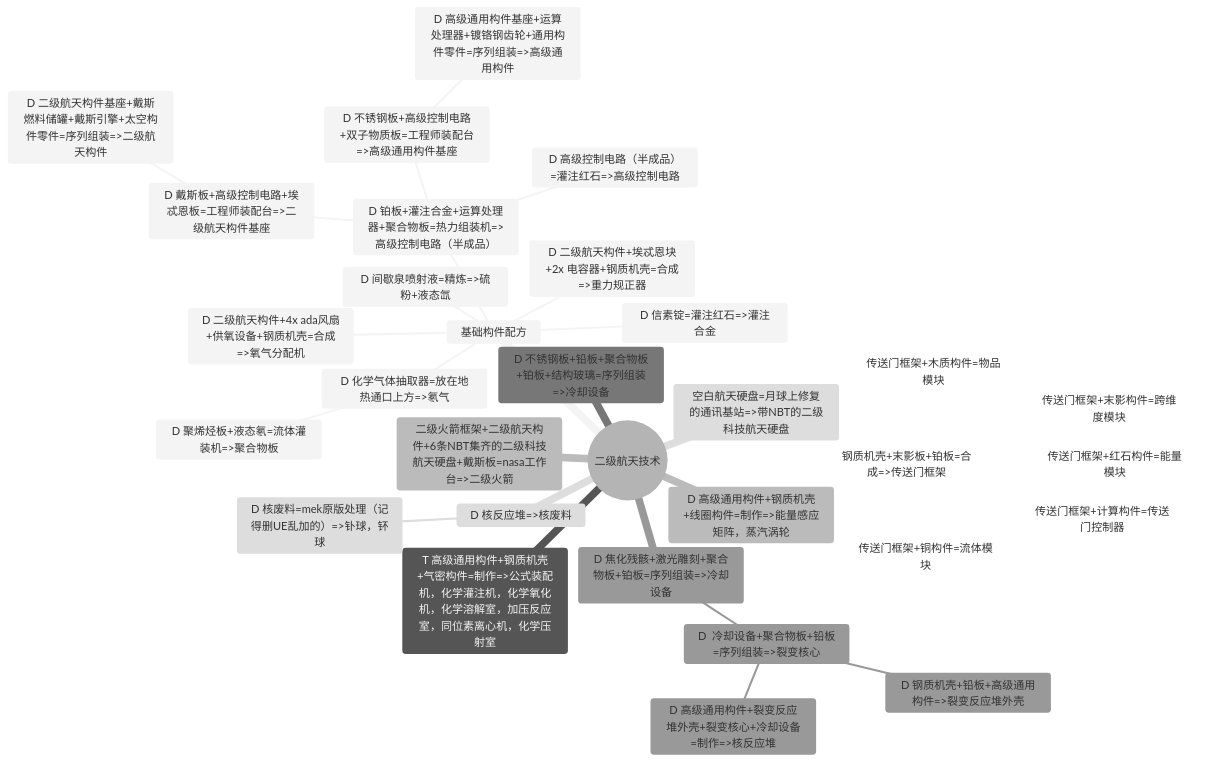
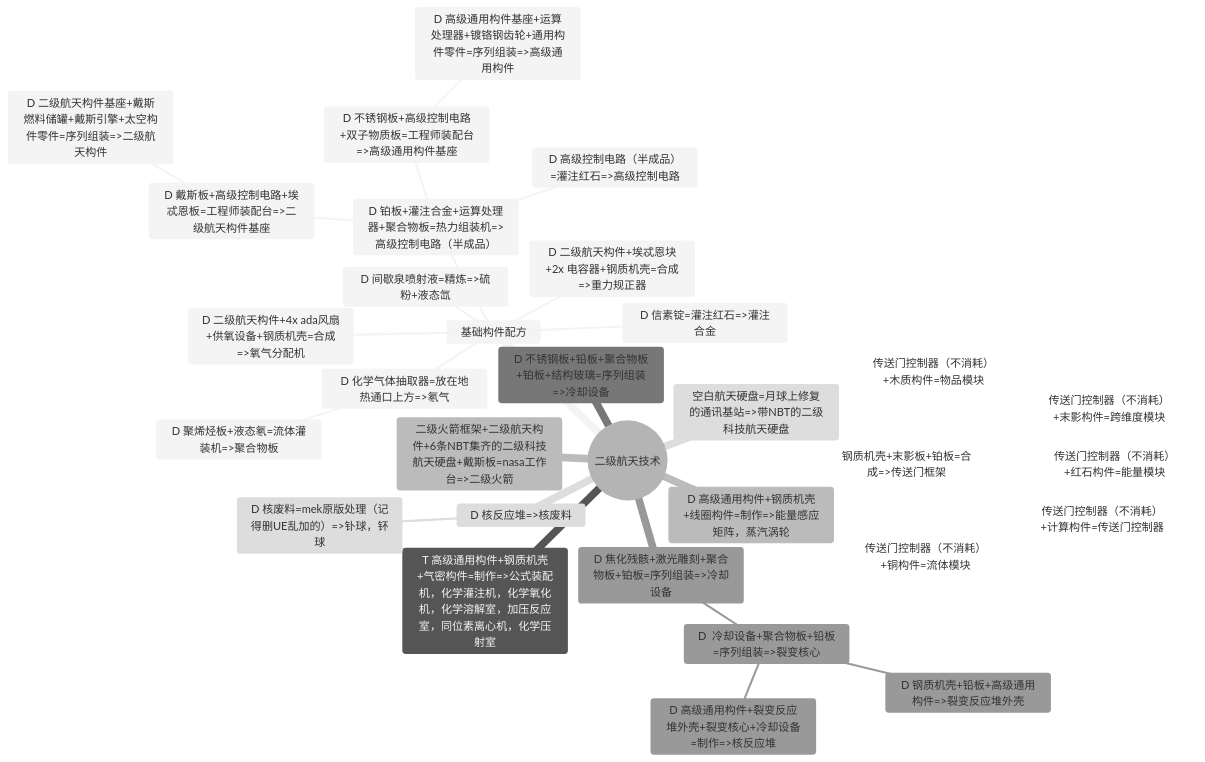
One commit to VechniMetel/CodeNameCIM2 changed the second of 4 diagrams in Developer/TechTreeMap.md. Above: the diagram before and after it, drawn with Mermaid (neutral theme). The commit also changed 4 other files, not shown here.

````diff
--- a/Developer/TechTreeMap.md
+++ b/Developer/TechTreeMap.md
@@ -45,34 +45,34 @@
 ``` mermaid
 mindmap
     root((二级航天技术))
         基础构件配方
             D 信素锭=灌注红石=>灌注合金
             D 间歇泉喷射液=精炼=>硫粉+液态氙
             D 化学气体抽取器=放在地热通口上方=>氡气
                 D 聚烯烃板+液态氡=流体灌装机=>聚合物板
             D 铂板+灌注合金+运算处理器+聚合物板=热力组装机=>高级控制电路（半成品）
                 D 高级控制电路（半成品）=灌注红石=>高级控制电路
                 D 戴斯板+高级控制电路+埃忒恩板=工程师装配台=>二级航天构件基座
                     D 二级航天构件基座+戴斯燃料储罐+戴斯引擎+太空构件零件=序列组装=>二级航天构件
                 D 不锈钢板+高级控制电路+双子物质板=工程师装配台=>高级通用构件基座
                     D 高级通用构件基座+运算处理器+镀铬钢齿轮+通用构件零件=序列组装=>高级通用构件
             D 二级航天构件+4x ada风扇+供氧设备+钢质机壳=合成=>氧气分配机
             D 二级航天构件+埃忒恩块+2x 电容器+钢质机壳=合成=>重力规正器
         T 高级通用构件+钢质机壳+气密构件=制作=>公式装配机，化学灌注机，化学氧化机，化学溶解室，加压反应室，同位素离心机，化学压射室
         D 高级通用构件+钢质机壳+线圈构件=制作=>能量感应矩阵，蒸汽涡轮
         D 不锈钢板+铅板+聚合物板+铂板+结构玻璃=序列组装=>冷却设备
         D 焦化残骸+激光雕刻+聚合物板+铂板=序列组装=>冷却设备
            D  冷却设备+聚合物板+铅板=序列组装=>裂变核心
             D 钢质机壳+铅板+高级通用构件=>裂变反应堆外壳
             D 高级通用构件+裂变反应堆外壳+裂变核心+冷却设备=制作=>核反应堆
         D 核反应堆=>核废料
             D 核废料=mek原版处理（记得删UE乱加的）=>钋球，钚球
         钢质机壳+末影板+铂板=合成=>传送门框架
-            传送门框架+计算构件=传送门控制器
-            传送门框架+木质构件=物品模块
-            传送门框架+铜构件=流体模块
-            传送门框架+红石构件=能量模块
-            传送门框架+末影构件=跨维度模块
+            传送门控制器（不消耗）+计算构件=传送门控制器
+            传送门控制器（不消耗）+木质构件=物品模块
+            传送门控制器（不消耗）+铜构件=流体模块
+            传送门控制器（不消耗）+红石构件=能量模块
+            传送门控制器（不消耗）+末影构件=跨维度模块
         空白航天硬盘=月球上修复的通讯基站=>带NBT的二级科技航天硬盘
         二级火箭框架+二级航天构件+6条NBT集齐的二级科技航天硬盘+戴斯板=nasa工作台=>二级火箭
 ```
````
